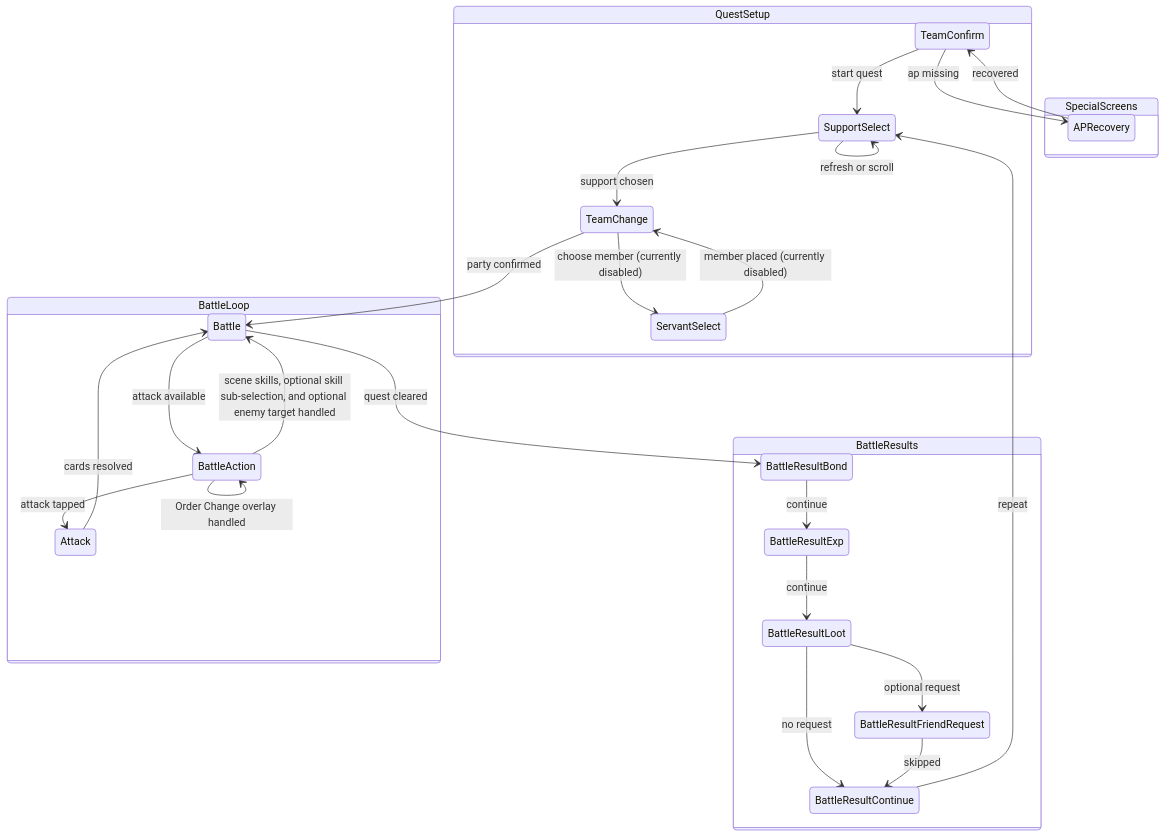
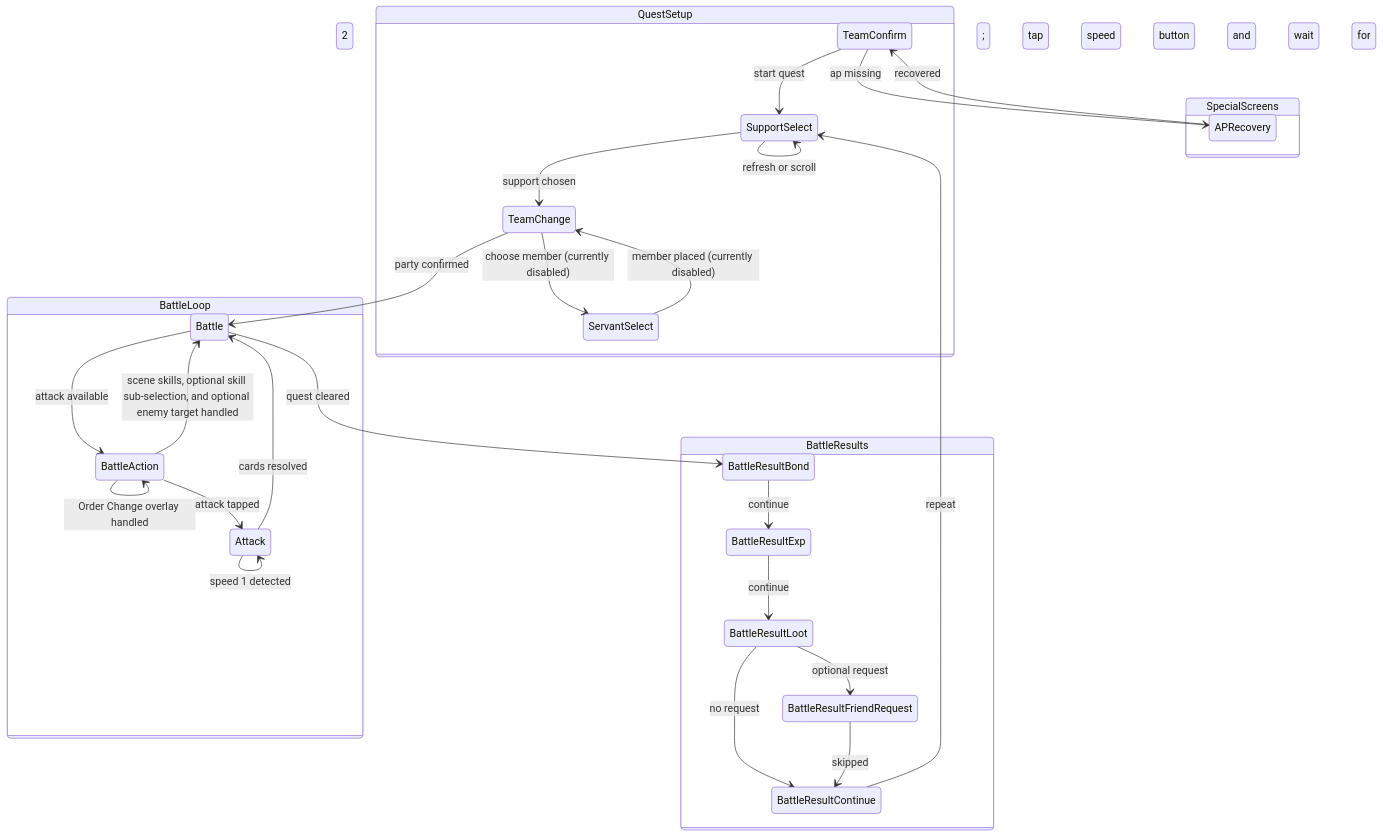
Before and after one commit to ZaiZheTingDun/mash-app: the first of 2 diagrams in docs/state-machines/battle-automation.md, drawn with Mermaid. The commit also changed other lines of this file and 14 other files, not shown here.

````diff
--- a/docs/state-machines/battle-automation.md
+++ b/docs/state-machines/battle-automation.md
@@ -7,51 +7,52 @@
 ```mermaid
 stateDiagram-v2
     state QuestSetup {
         TeamConfirm
         SupportSelect
         TeamChange
         ServantSelect
     }
 
     state BattleLoop {
         Battle
         BattleAction
         Attack
     }
 
     state BattleResults {
         BattleResultBond
         BattleResultExp
         BattleResultLoot
         BattleResultFriendRequest
         BattleResultContinue
     }
 
     state SpecialScreens {
         APRecovery
     }
 
     TeamConfirm --> SupportSelect: start quest
     SupportSelect --> TeamChange: support chosen
     SupportSelect --> SupportSelect: refresh or scroll
     TeamChange --> ServantSelect: choose member (currently disabled)
     ServantSelect --> TeamChange: member placed (currently disabled)
     TeamChange --> Battle: party confirmed
 
     Battle --> BattleAction: attack available
     BattleAction --> Battle: scene skills, optional skill sub-selection, and optional enemy target handled
     BattleAction --> BattleAction: Order Change overlay handled
     BattleAction --> Attack: attack tapped
+    Attack --> Attack: speed 1 detected; tap speed button and wait for speed 2
     Attack --> Battle: cards resolved
 
     Battle --> BattleResultBond: quest cleared
     BattleResultBond --> BattleResultExp: continue
     BattleResultExp --> BattleResultLoot: continue
     BattleResultLoot --> BattleResultFriendRequest: optional request
     BattleResultLoot --> BattleResultContinue: no request
     BattleResultFriendRequest --> BattleResultContinue: skipped
 
     BattleResultContinue --> SupportSelect: repeat
     TeamConfirm --> APRecovery: ap missing
     APRecovery --> TeamConfirm: recovered
 ```
````
